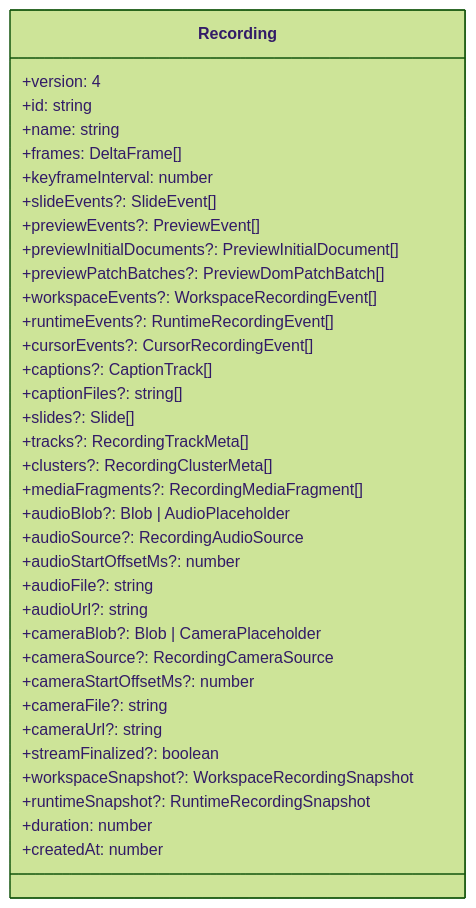
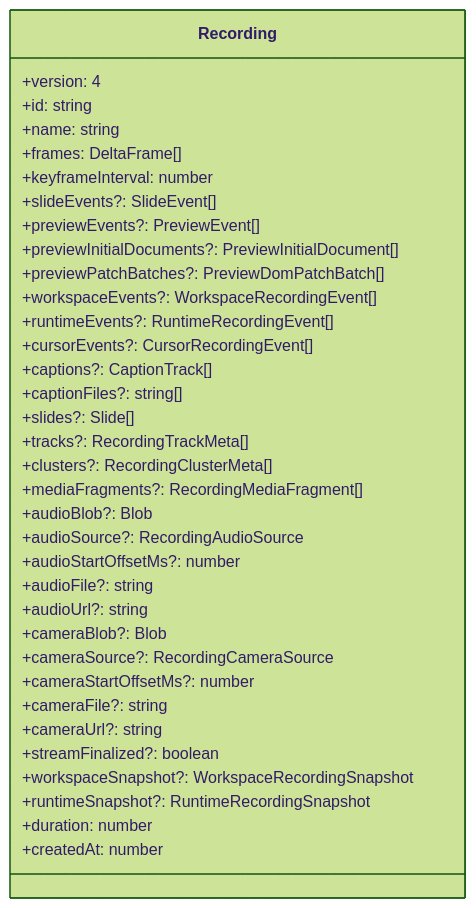
One commit to channyeintun/next-editor changed the first of 2 diagrams in docs/data-structures.md. Above: the diagram before and after it, drawn with Mermaid (forest theme). The commit also changed other lines of this file and 2 other files, not shown here.

````diff
--- a/docs/data-structures.md
+++ b/docs/data-structures.md
@@ -7,38 +7,38 @@
 ```mermaid
 classDiagram
     class Recording {
         +version: 4
         +id: string
         +name: string
         +frames: DeltaFrame[]
         +keyframeInterval: number
         +slideEvents?: SlideEvent[]
         +previewEvents?: PreviewEvent[]
         +previewInitialDocuments?: PreviewInitialDocument[]
         +previewPatchBatches?: PreviewDomPatchBatch[]
         +workspaceEvents?: WorkspaceRecordingEvent[]
         +runtimeEvents?: RuntimeRecordingEvent[]
         +cursorEvents?: CursorRecordingEvent[]
         +captions?: CaptionTrack[]
         +captionFiles?: string[]
         +slides?: Slide[]
         +tracks?: RecordingTrackMeta[]
         +clusters?: RecordingClusterMeta[]
         +mediaFragments?: RecordingMediaFragment[]
-        +audioBlob?: Blob | AudioPlaceholder
+        +audioBlob?: Blob
         +audioSource?: RecordingAudioSource
         +audioStartOffsetMs?: number
         +audioFile?: string
         +audioUrl?: string
-        +cameraBlob?: Blob | CameraPlaceholder
+        +cameraBlob?: Blob
         +cameraSource?: RecordingCameraSource
         +cameraStartOffsetMs?: number
         +cameraFile?: string
         +cameraUrl?: string
         +streamFinalized?: boolean
         +workspaceSnapshot?: WorkspaceRecordingSnapshot
         +runtimeSnapshot?: RuntimeRecordingSnapshot
         +duration: number
         +createdAt: number
     }
 ```
````
